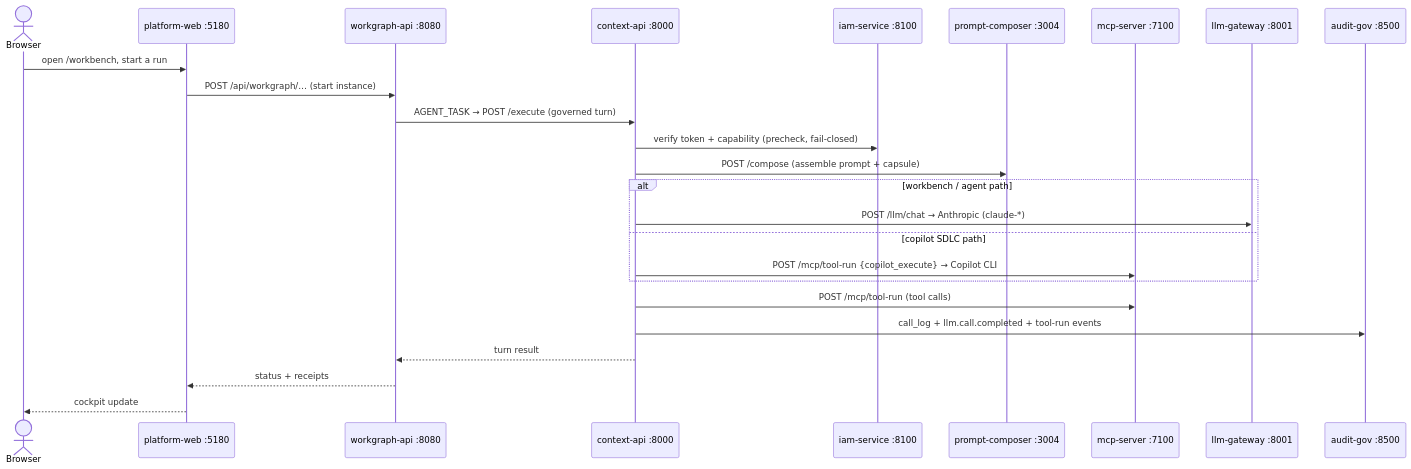
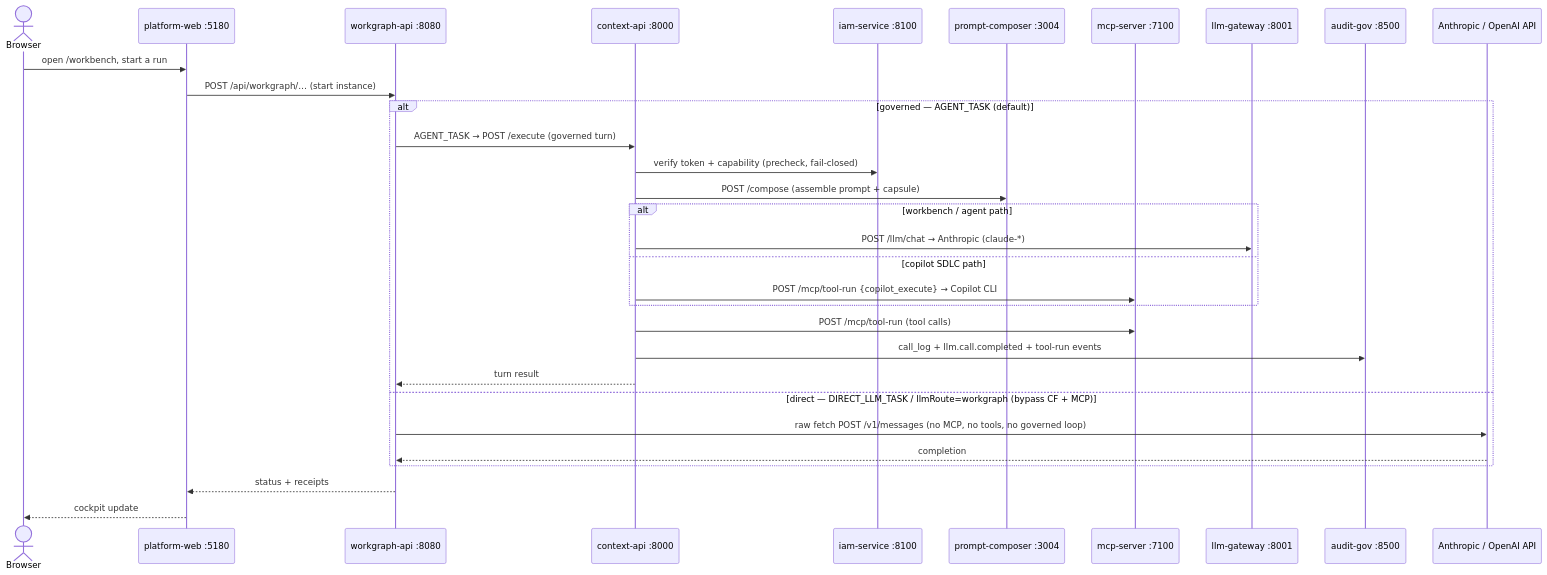
The third of 5 diagrams in docs/architecture-overview.md (ashokraj2011/singularity-platform), drawn with Mermaid before and after one commit. The commit also changed other lines of this file and 1 other file, not shown here.

````diff
--- a/docs/architecture-overview.md
+++ b/docs/architecture-overview.md
@@ -101,28 +102,34 @@
 ```mermaid
 sequenceDiagram
   actor U as Browser
   participant PW as platform-web :5180
   participant WG as workgraph-api :8080
   participant CF as context-api :8000
   participant IAM as iam-service :8100
   participant PC as prompt-composer :3004
   participant MCP as mcp-server :7100
   participant LLM as llm-gateway :8001
   participant AG as audit-gov :8500
+  participant ANT as Anthropic / OpenAI API
 
   U->>PW: open /workbench, start a run
   PW->>WG: POST /api/workgraph/… (start instance)
-  WG->>CF: AGENT_TASK → POST /execute (governed turn)
-  CF->>IAM: verify token + capability (precheck, fail-closed)
-  CF->>PC: POST /compose (assemble prompt + capsule)
-  alt workbench / agent path
-    CF->>LLM: POST /llm/chat → Anthropic (claude-*)
-  else copilot SDLC path
-    CF->>MCP: POST /mcp/tool-run {copilot_execute} → Copilot CLI
+  alt governed — AGENT_TASK (default)
+    WG->>CF: AGENT_TASK → POST /execute (governed turn)
+    CF->>IAM: verify token + capability (precheck, fail-closed)
+    CF->>PC: POST /compose (assemble prompt + capsule)
+    alt workbench / agent path
+      CF->>LLM: POST /llm/chat → Anthropic (claude-*)
+    else copilot SDLC path
+      CF->>MCP: POST /mcp/tool-run {copilot_execute} → Copilot CLI
+    end
+    CF->>MCP: POST /mcp/tool-run (tool calls)
+    CF->>AG: call_log + llm.call.completed + tool-run events
+    CF-->>WG: turn result
+  else direct — DIRECT_LLM_TASK / llmRoute=workgraph (bypass CF + MCP)
+    WG->>ANT: raw fetch POST /v1/messages (no MCP, no tools, no governed loop)
+    ANT-->>WG: completion
   end
-  CF->>MCP: POST /mcp/tool-run (tool calls)
-  CF->>AG: call_log + llm.call.completed + tool-run events
-  CF-->>WG: turn result
   WG-->>PW: status + receipts
   PW-->>U: cockpit update
 ```
````
